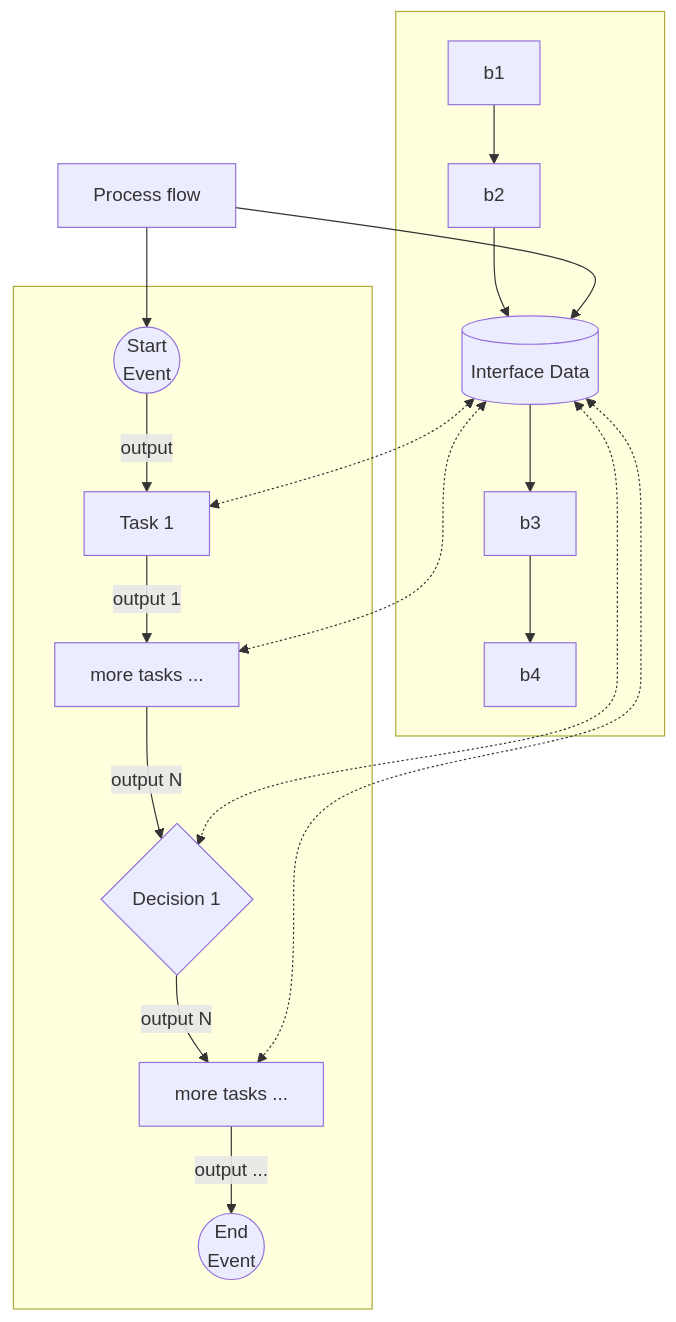
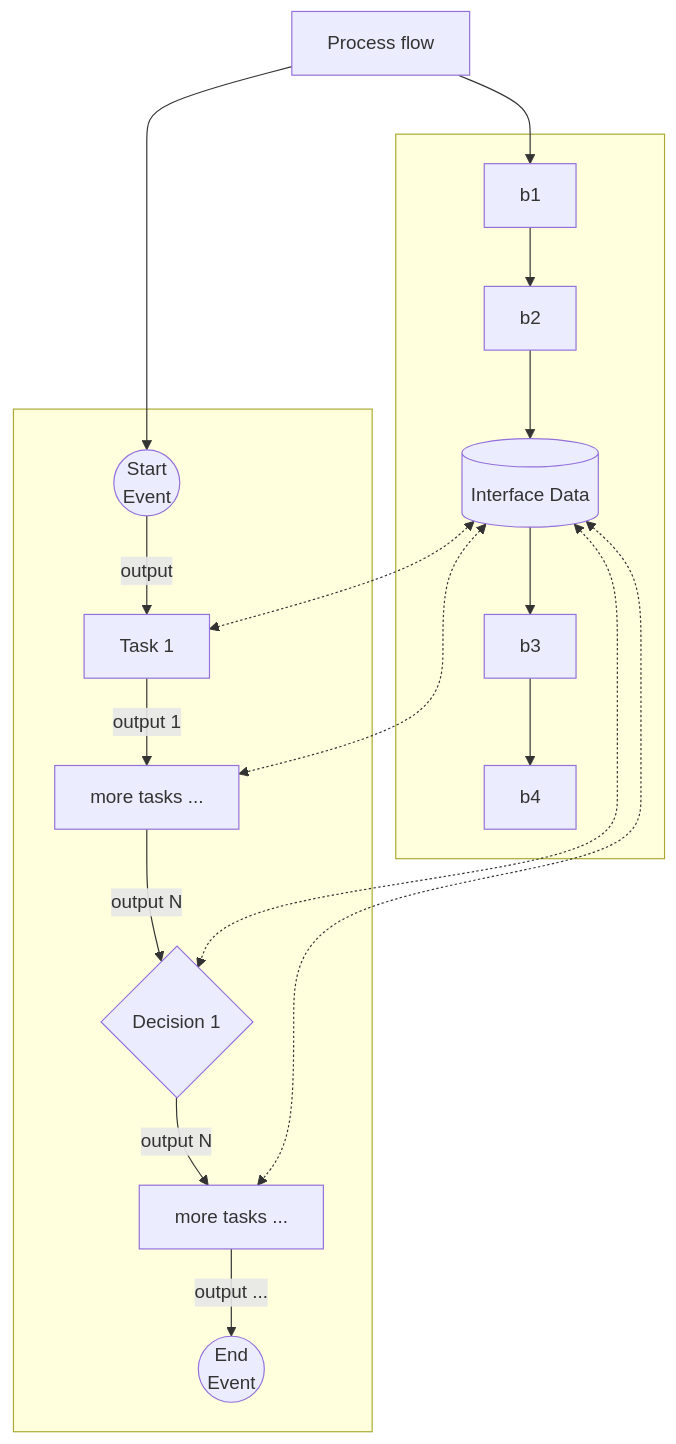
Before and after one commit to Paulo-Reis-Rosa/test-git-commands: the fifth of 6 diagrams in README.md, drawn with Mermaid.

Commit message:
Update README to reflect variable name changes

````diff
--- a/README.md
+++ b/README.md
@@ -190,28 +190,28 @@
 ```mermaid
 graph TD
 	w[Process flow];
 
 	subgraph  ;
 		se((Start<br>Event))-->|output|t1[Task 1];
 		t1-->|output 1|t2[more tasks ...];
 		t2-->|output N|d1{Decision 1};
 		d1-->|output N|t3[more tasks ...];
 		t3-->|output ...|ed((End<br>Event));
 	end
 
 	subgraph  ;
 		i1[(Interface Data)]
 		b1 --> b2;
 		b2 --> i1;
 		i1 --> b3;
 		b3 --> b4;
 	end;
 
 	w-->se;
-	w-->i1;
+	w-->b1;
 
 	i1<-.->t1;
 	i1<-.->t2;
 	i1<-.->t3;
 	i1<-.->d1;
 ```
````
